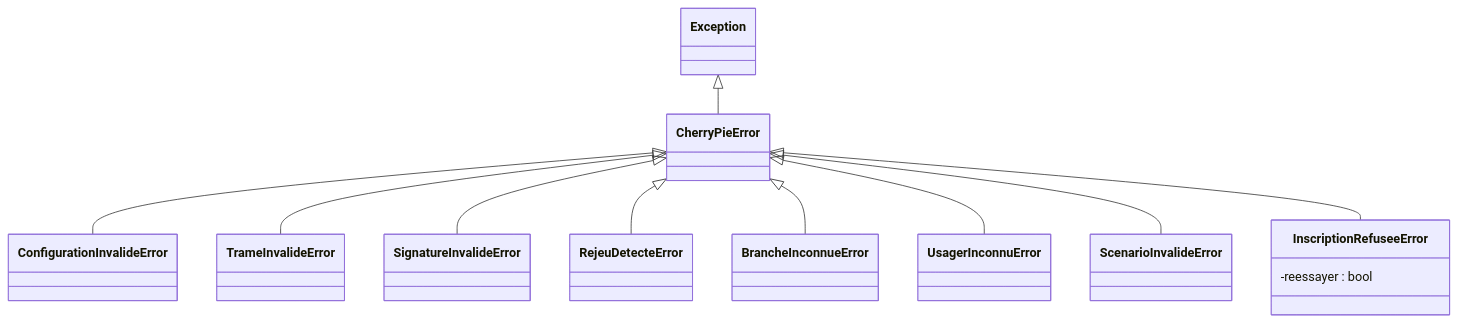
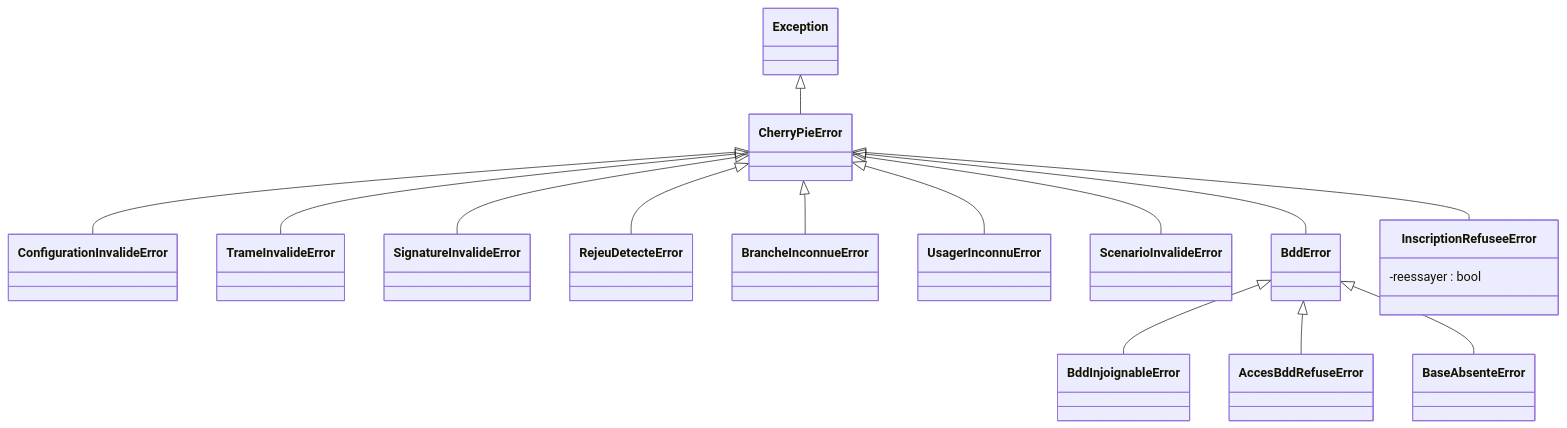
One commit to vRayzix/SAE3.02_Developper-une-application-communicante changed the first of 12 diagrams in docs/uml.md. Above: the diagram before and after it, drawn with Mermaid. The commit also changed other lines of this file, not shown here.

Commit message:
docs(uml): paquet bdd, historique du serveur et onglet Statistiques

````diff
--- a/docs/uml.md
+++ b/docs/uml.md
@@ -28,25 +28,33 @@
 ```mermaid
 classDiagram
     class Exception
     class CherryPieError
     class ConfigurationInvalideError
     class TrameInvalideError
     class SignatureInvalideError
     class RejeuDetecteError
     class BrancheInconnueError
     class UsagerInconnuError
     class ScenarioInvalideError
+    class BddError
+    class BddInjoignableError
+    class AccesBddRefuseError
+    class BaseAbsenteError
     class InscriptionRefuseeError {
         -reessayer : bool
     }
 
     Exception <|-- CherryPieError
     CherryPieError <|-- ConfigurationInvalideError
     CherryPieError <|-- TrameInvalideError
     CherryPieError <|-- SignatureInvalideError
     CherryPieError <|-- RejeuDetecteError
     CherryPieError <|-- BrancheInconnueError
     CherryPieError <|-- UsagerInconnuError
     CherryPieError <|-- ScenarioInvalideError
+    CherryPieError <|-- BddError
+    BddError <|-- BddInjoignableError
+    BddError <|-- AccesBddRefuseError
+    BddError <|-- BaseAbsenteError
     CherryPieError <|-- InscriptionRefuseeError
 ```
````
